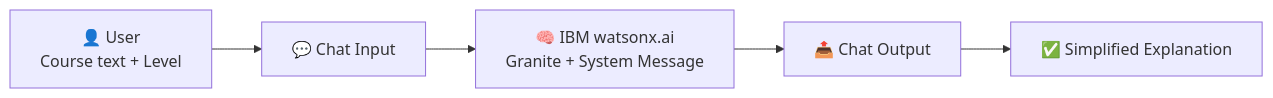
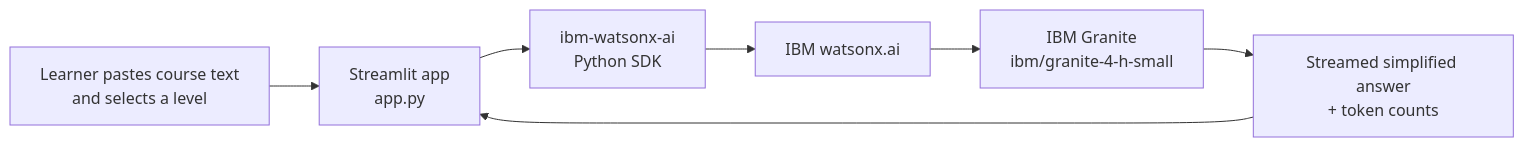
Before and after one commit to nileshyadav2803/course-simplifier-agent: the diagram in README.md, drawn with Mermaid. The commit also changed other lines of this file, not shown here.

````diff
--- a/README.md
+++ b/README.md
@@ -70,7 +71,9 @@
 ```mermaid
 flowchart LR
-    A[👤 User<br/>Course text + Level] --> B[💬 Chat Input]
-    B --> C[🧠 IBM watsonx.ai<br/>Granite + System Message]
-    C --> D[📤 Chat Output]
-    D --> E[✅ Simplified Explanation]
+    A[Learner pastes course text<br/>and selects a level] --> B[Streamlit app<br/>app.py]
+    B --> C[ibm-watsonx-ai<br/>Python SDK]
+    C --> D[IBM watsonx.ai]
+    D --> E[IBM Granite<br/>ibm/granite-4-h-small]
+    E --> F[Streamed simplified answer<br/>+ token counts]
+    F --> B
 ```
````
